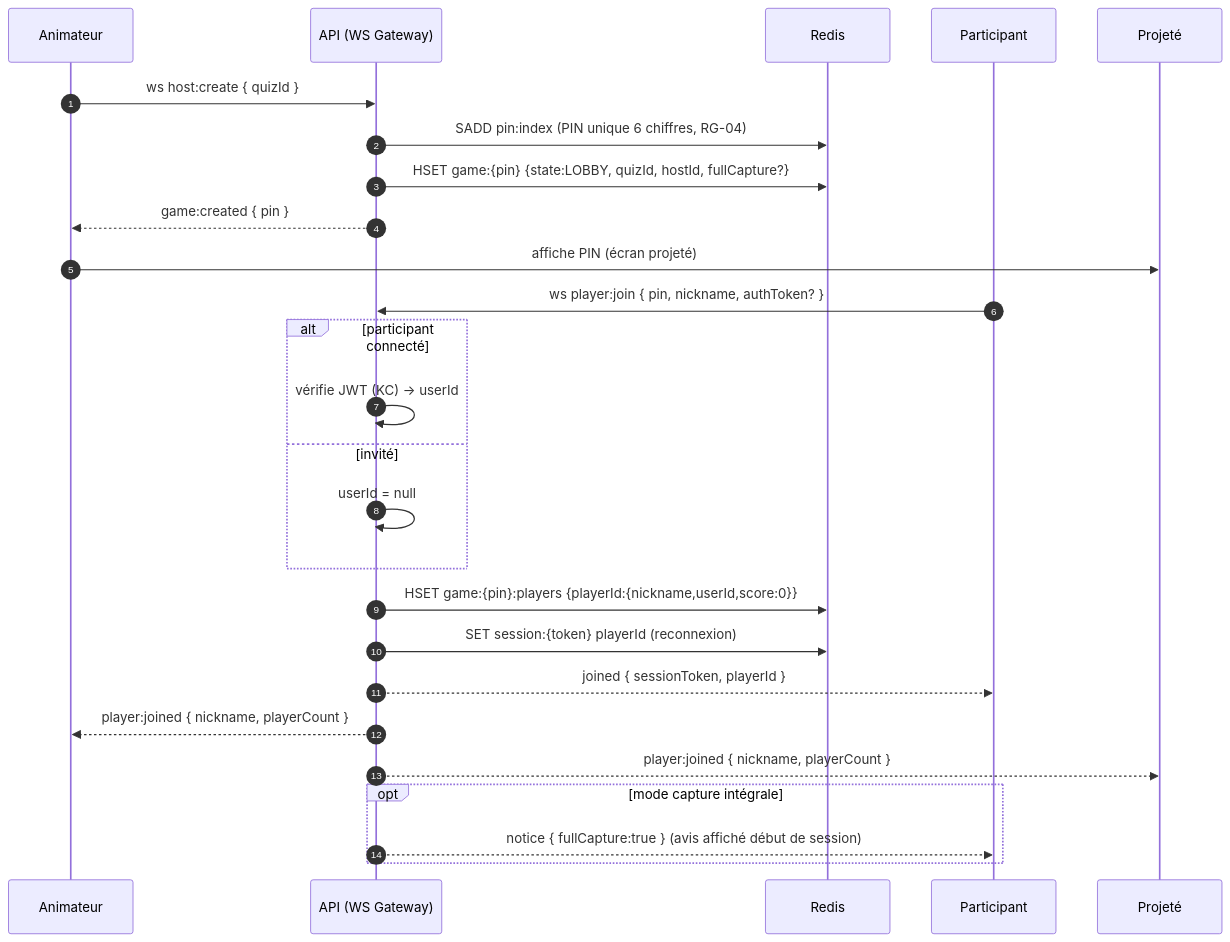
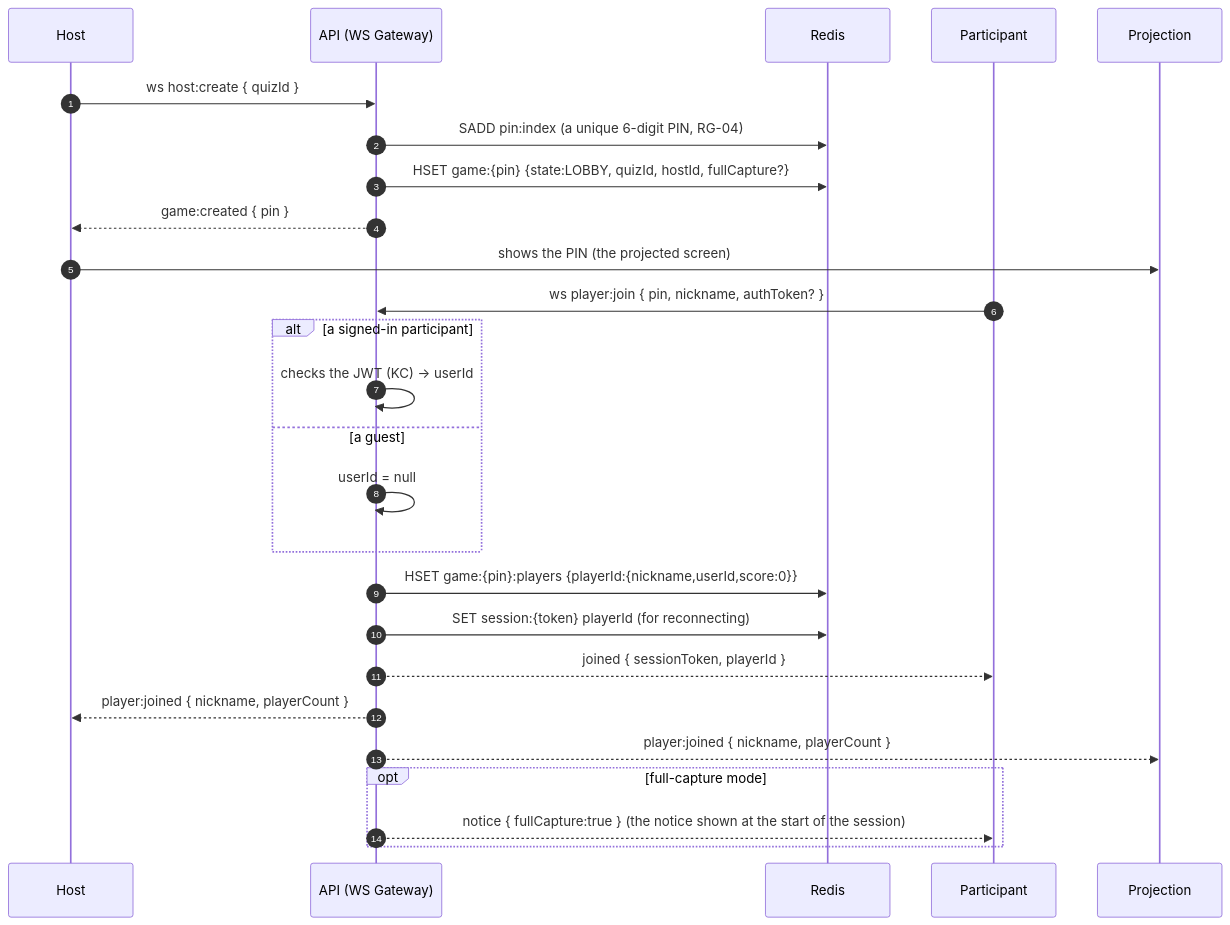
The second of 7 diagrams in specifications/SPECIFICATIONS-SEQUENCES.md (quizdock/quiz-dock), drawn with Mermaid before and after one commit. The commit also changed other lines of this file and 12 other files, not shown here.

````diff
--- a/specifications/SPECIFICATIONS-SEQUENCES.md
+++ b/specifications/SPECIFICATIONS-SEQUENCES.md
@@ -41,30 +41,30 @@
 ```mermaid
 sequenceDiagram
     autonumber
-    participant F as Animateur
+    participant F as Host
     participant API as API (WS Gateway)
     participant R as Redis
     participant A as Participant
-    participant P as Projeté
+    participant P as Projection
 
     F->>API: ws host:create { quizId }
-    API->>R: SADD pin:index (PIN unique 6 chiffres, RG-04)
+    API->>R: SADD pin:index (a unique 6-digit PIN, RG-04)
     API->>R: HSET game:{pin} {state:LOBBY, quizId, hostId, fullCapture?}
     API-->>F: game:created { pin }
-    F->>P: affiche PIN (écran projeté)
+    F->>P: shows the PIN (the projected screen)
 
     A->>API: ws player:join { pin, nickname, authToken? }
-    alt participant connecté
-        API->>API: vérifie JWT (KC) → userId
-    else invité
+    alt a signed-in participant
+        API->>API: checks the JWT (KC) → userId
+    else a guest
         API->>API: userId = null
     end
     API->>R: HSET game:{pin}:players {playerId:{nickname,userId,score:0}}
-    API->>R: SET session:{token} playerId (reconnexion)
+    API->>R: SET session:{token} playerId (for reconnecting)
     API-->>A: joined { sessionToken, playerId }
     API-->>F: player:joined { nickname, playerCount }
     API-->>P: player:joined { nickname, playerCount }
-    opt mode capture intégrale
-        API-->>A: notice { fullCapture:true } (avis affiché début de session)
+    opt full-capture mode
+        API-->>A: notice { fullCapture:true } (the notice shown at the start of the session)
     end
 ```
````
